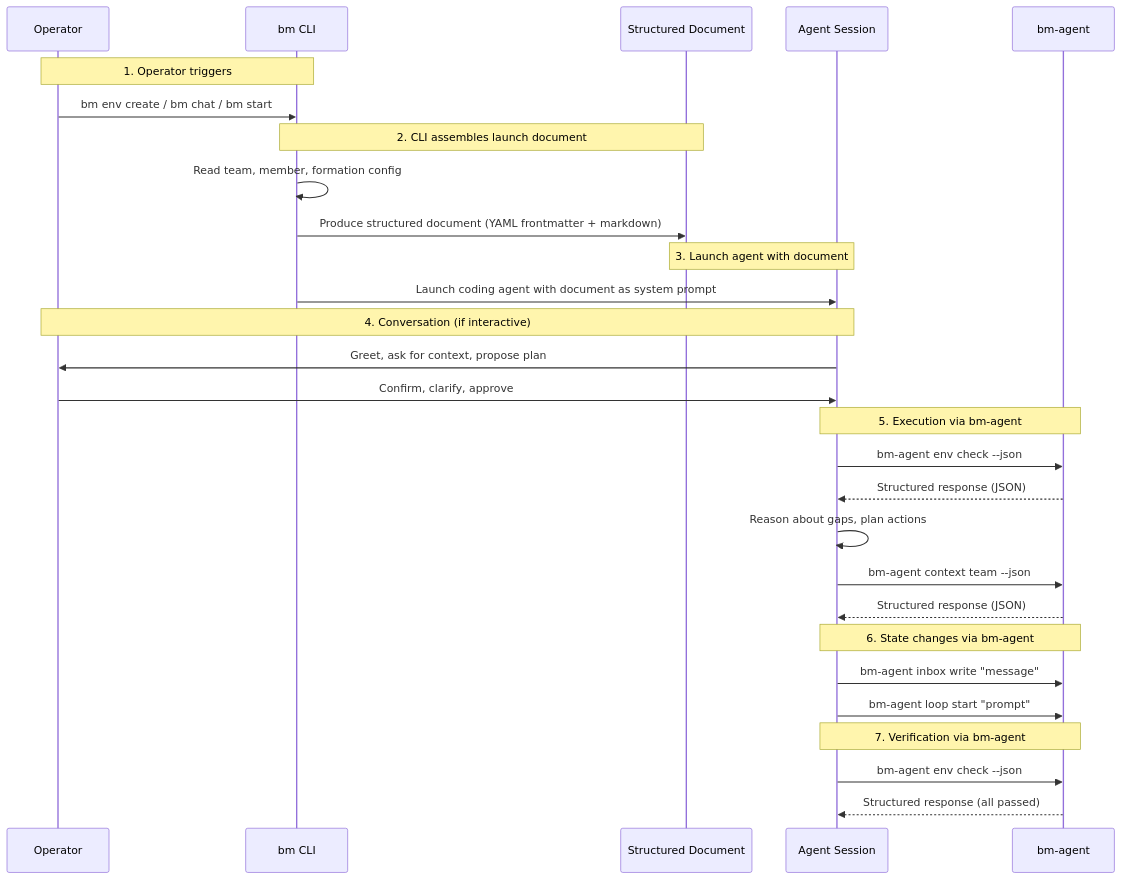
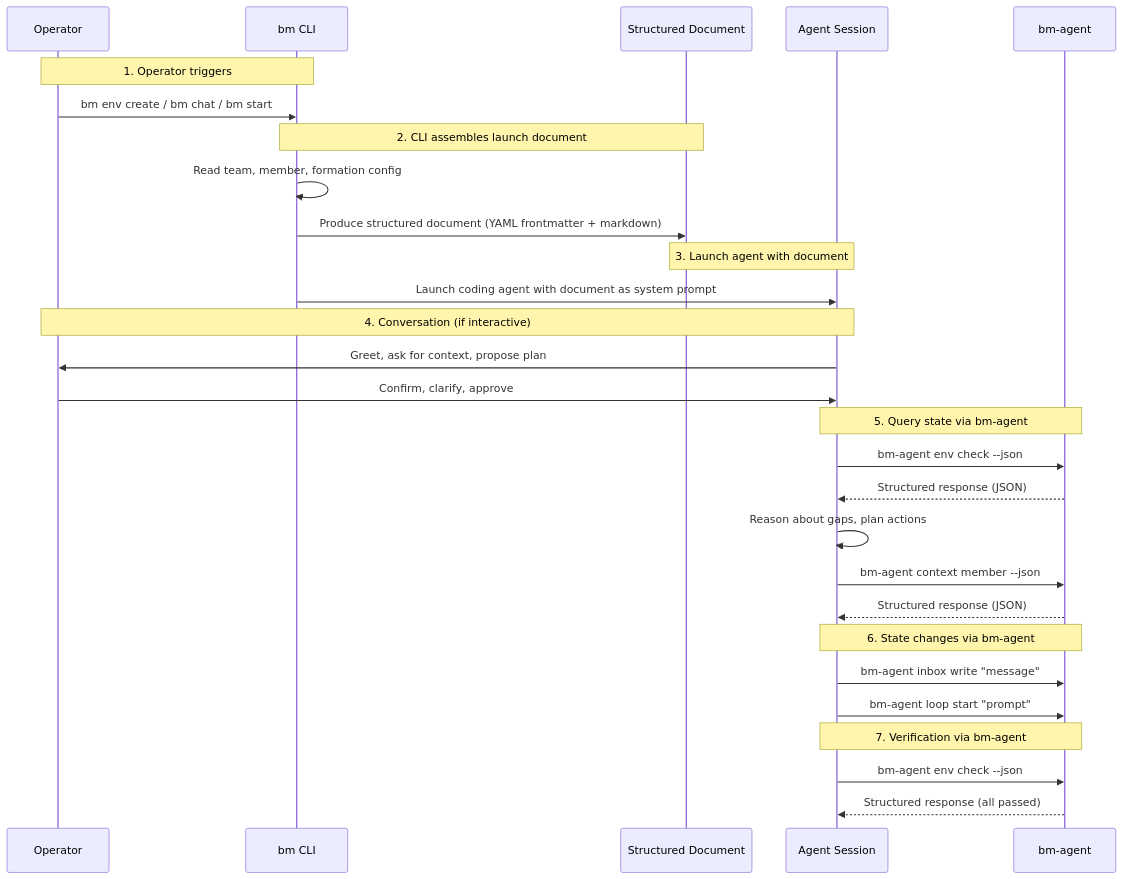
One commit to devguyio-bot-squad/botminter changed the diagram in .planning/adrs/0013-structured-prompt-protocol.md. Above: the diagram before and after it, drawn with Mermaid. The commit also changed other lines of this file, not shown here.

First line of the commit message:
docs(adr): separate bm-agent (internal) from skills (profile-specific)

````diff
--- a/.planning/adrs/0013-structured-prompt-protocol.md
+++ b/.planning/adrs/0013-structured-prompt-protocol.md
@@ -136,37 +154,37 @@
 ```mermaid
 sequenceDiagram
     participant Op as Operator
     participant BM as bm CLI
     participant Doc as Structured Document
     participant Agent as Agent Session
     participant BA as bm-agent
 
     Note over Op,BM: 1. Operator triggers
     Op->>BM: bm env create / bm chat / bm start
 
     Note over BM,Doc: 2. CLI assembles launch document
     BM->>BM: Read team, member, formation config
     BM->>Doc: Produce structured document (YAML frontmatter + markdown)
 
     Note over Doc,Agent: 3. Launch agent with document
     BM->>Agent: Launch coding agent with document as system prompt
 
     Note over Agent,Op: 4. Conversation (if interactive)
     Agent->>Op: Greet, ask for context, propose plan
     Op->>Agent: Confirm, clarify, approve
 
-    Note over Agent,BA: 5. Execution via bm-agent
+    Note over Agent,BA: 5. Query state via bm-agent
     Agent->>BA: bm-agent env check --json
     BA-->>Agent: Structured response (JSON)
     Agent->>Agent: Reason about gaps, plan actions
-    Agent->>BA: bm-agent context team --json
+    Agent->>BA: bm-agent context member --json
     BA-->>Agent: Structured response (JSON)
 
     Note over Agent,BA: 6. State changes via bm-agent
     Agent->>BA: bm-agent inbox write "message"
     Agent->>BA: bm-agent loop start "prompt"
 
     Note over Agent,BA: 7. Verification via bm-agent
     Agent->>BA: bm-agent env check --json
     BA-->>Agent: Structured response (all passed)
 ```
````
